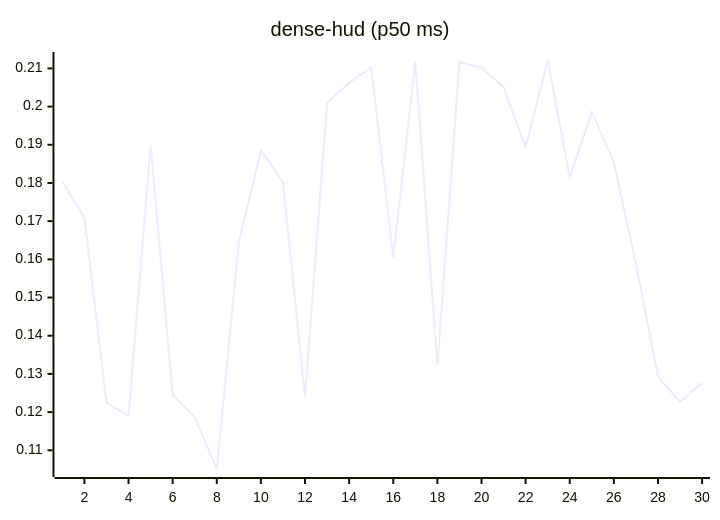
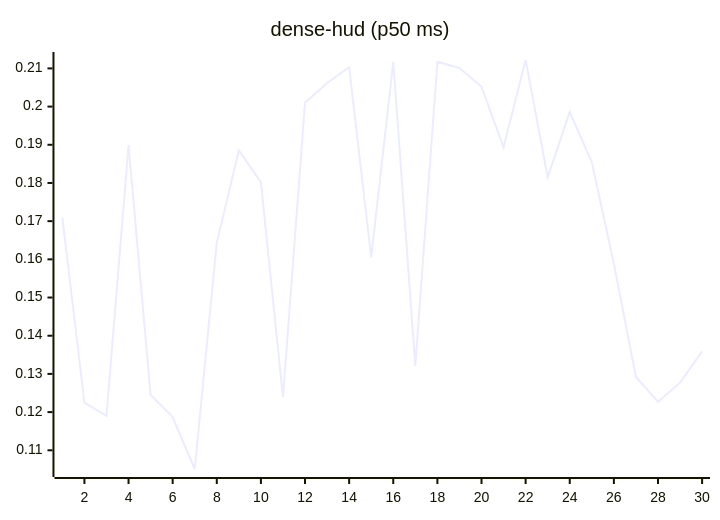
The eighth of 27 diagrams in README.md (josha/Facet), drawn with Mermaid before and after one commit. The commit also changed other lines of this file and 2 other files, not shown here.

````diff
--- a/README.md
+++ b/README.md
@@ -112,6 +112,6 @@
 ```mermaid
 xychart-beta
     title "dense-hud (p50 ms)"
     x-axis 1 --> 30
-    line [0.1803, 0.1709, 0.1225, 0.1190, 0.1899, 0.1245, 0.1187, 0.1051, 0.1644, 0.1885, 0.1802, 0.1239, 0.2010, 0.2062, 0.2103, 0.1605, 0.2117, 0.1321, 0.2117, 0.2101, 0.2052, 0.1893, 0.2122, 0.1815, 0.1986, 0.1854, 0.1589, 0.1292, 0.1227, 0.1277]
+    line [0.1709, 0.1225, 0.1190, 0.1899, 0.1245, 0.1187, 0.1051, 0.1644, 0.1885, 0.1802, 0.1239, 0.2010, 0.2062, 0.2103, 0.1605, 0.2117, 0.1321, 0.2117, 0.2101, 0.2052, 0.1893, 0.2122, 0.1815, 0.1986, 0.1854, 0.1589, 0.1292, 0.1227, 0.1277, 0.1359]
 ```
````
